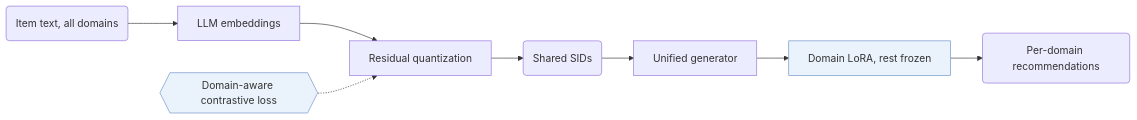
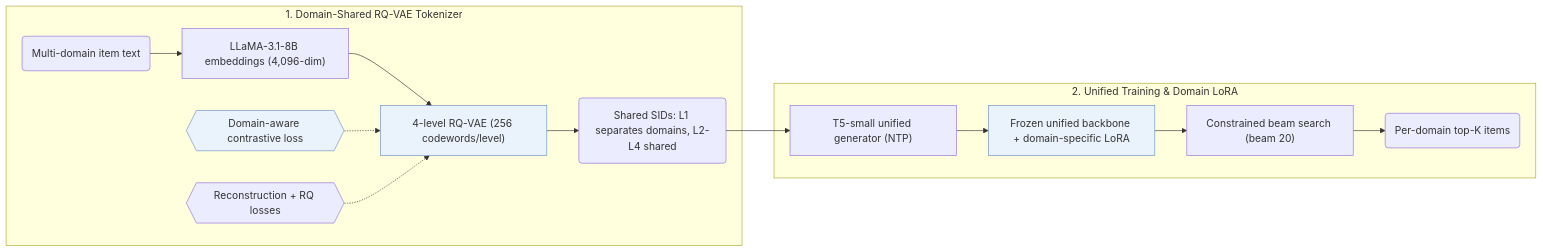
Before and after one commit to Galaxy-ghost/Awesome-SID-Generative-Rec: the diagram in notes/gmc.md, drawn with Mermaid. The commit also changed other lines of this file and 649 other files, not shown here.

Commit message:
writer-05: also tags and modality index (schema, check, build, visuals); summary field removed; calibration data for 12 papers

````diff
--- a/notes/gmc.md
+++ b/notes/gmc.md
@@ -13,11 +14,17 @@
 ```mermaid
 flowchart LR
-    A("Item text, all domains") --> B["LLM embeddings"]
-    B --> C["Residual quantization"]
-    L1{{"Domain-aware contrastive loss"}}:::key -.-> C
-    C --> D("Shared SIDs")
-    D --> E["Unified generator"]
-    E --> F["Domain LoRA, rest frozen"]:::key
-    F --> G("Per-domain recommendations")
+    subgraph Tok["1. Domain-Shared RQ-VAE Tokenizer"]
+        A("Multi-domain item text") --> B["LLaMA-3.1-8B embeddings (4,096-dim)"]
+        B --> C["4-level RQ-VAE (256 codewords/level)"]:::key
+        L1{{"Domain-aware contrastive loss"}}:::key -.-> C
+        L2{{"Reconstruction + RQ losses"}} -.-> C
+        C --> D("Shared SIDs: L1 separates domains, L2-L4 shared")
+    end
+    subgraph Gen["2. Unified Training & Domain LoRA"]
+        D --> E["T5-small unified generator (NTP)"]
+        E --> F["Frozen unified backbone + domain-specific LoRA"]:::key
+        F --> G["Constrained beam search (beam 20)"]
+        G --> H("Per-domain top-K items")
+    end
     classDef key fill:#eaf2fb,stroke:#6b8fc7
 ```
````
